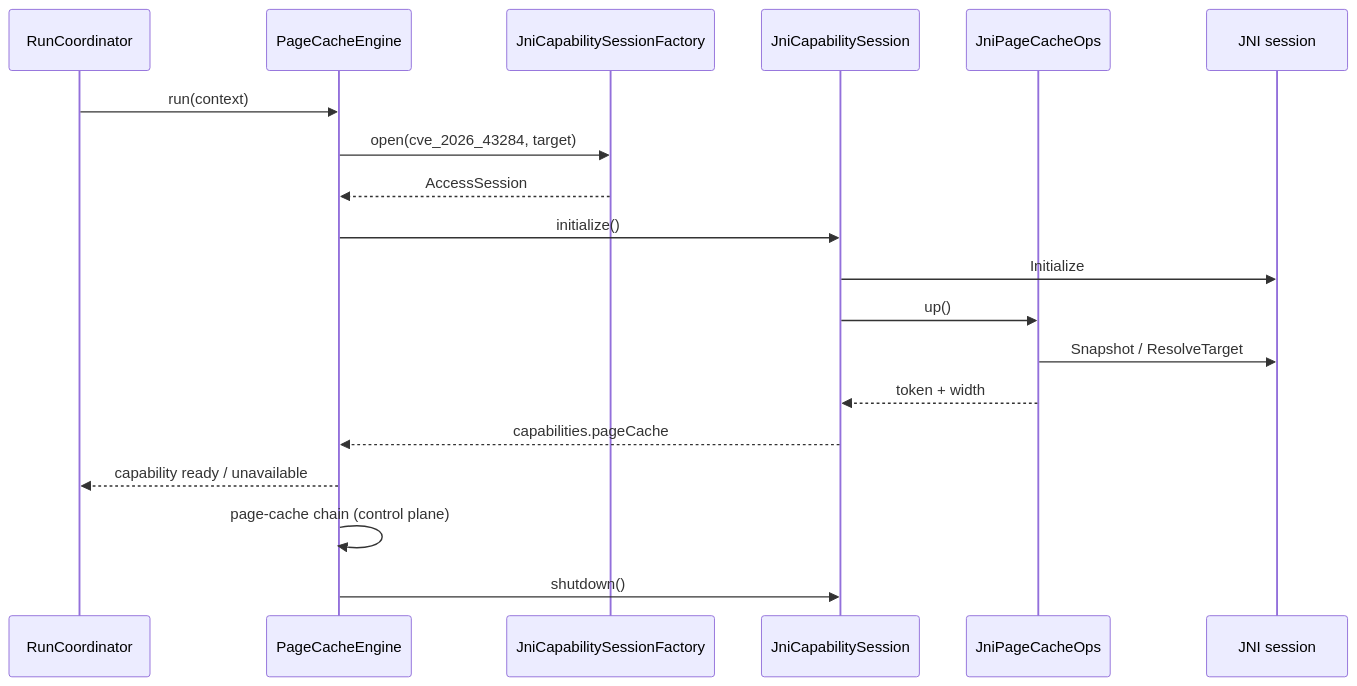
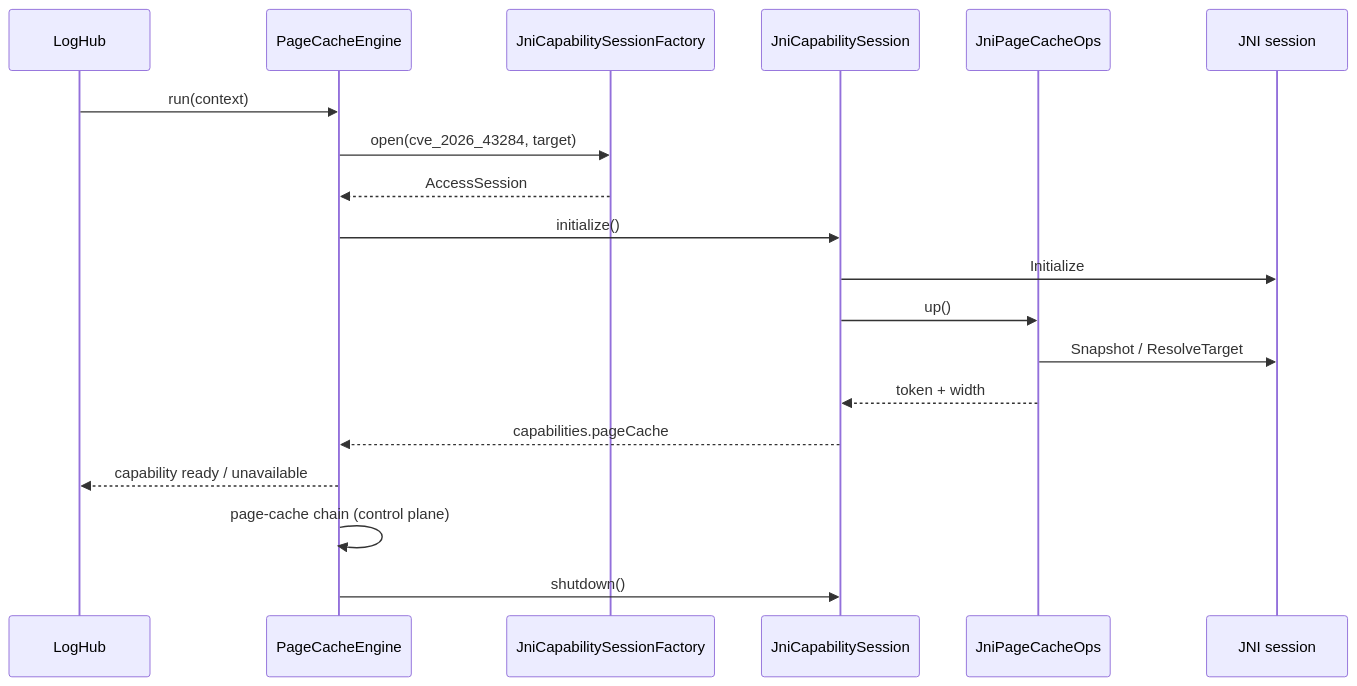
Before and after one commit to YuKongA/ghostlock-app: diagram 18 of 56 in docs/development/full-process-uml.md, drawn with Mermaid. The commit also changed other lines of this file and 100 other files, not shown here.

Commit message:
refactor(run): finalize log hub and diagnose handoff

````diff
--- a/docs/development/full-process-uml.md
+++ b/docs/development/full-process-uml.md
@@ -611,22 +611,22 @@
 ```mermaid
 sequenceDiagram
-  participant UI as RunCoordinator
+  participant UI as LogHub
   participant E as PageCacheEngine
   participant F as JniCapabilitySessionFactory
   participant S as JniCapabilitySession
   participant O as JniPageCacheOps
   participant N as JNI session
 
   UI->>E: run(context)
   E->>F: open(cve_2026_43284, target)
   F-->>E: AccessSession
   E->>S: initialize()
   S->>N: Initialize
   S->>O: up()
   O->>N: Snapshot / ResolveTarget
   O-->>S: token + width
   S-->>E: capabilities.pageCache
   E-->>UI: capability ready / unavailable
   E->>E: page-cache chain (control plane)
   E->>S: shutdown()
 ```
````
